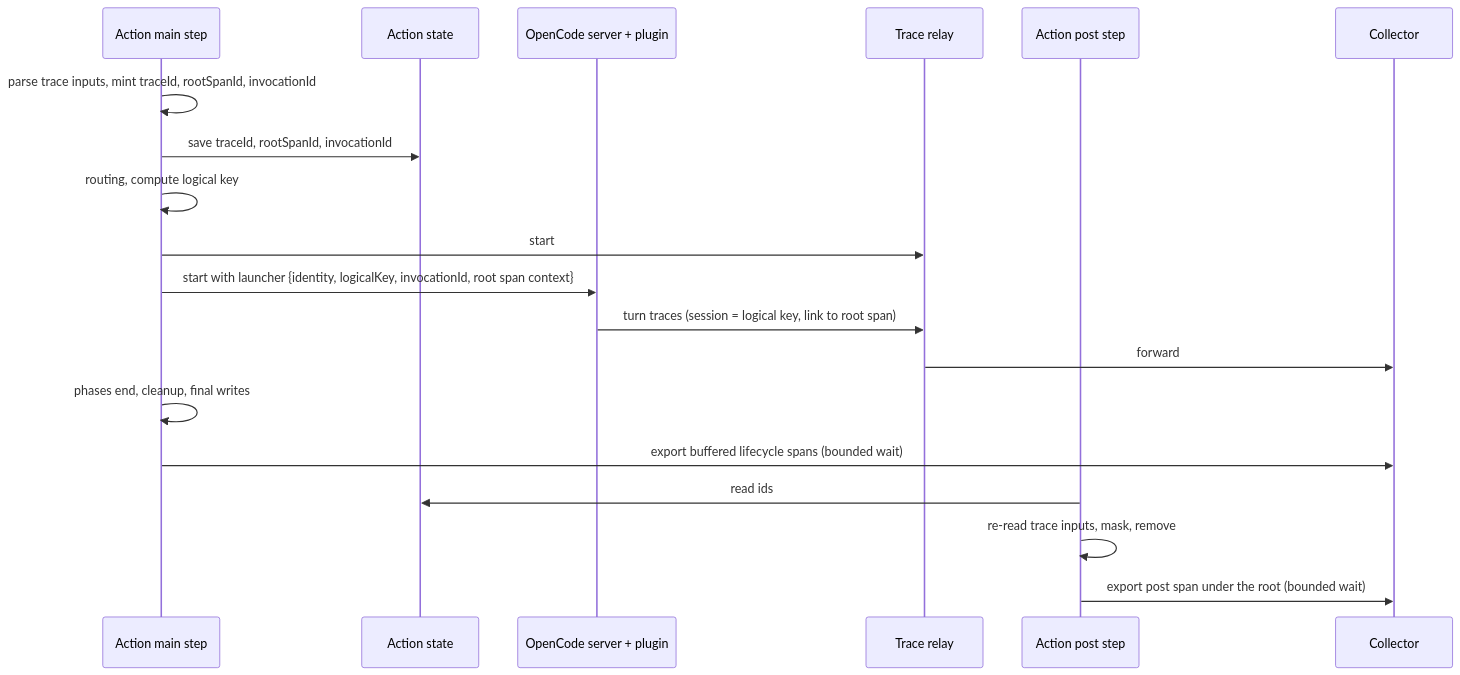
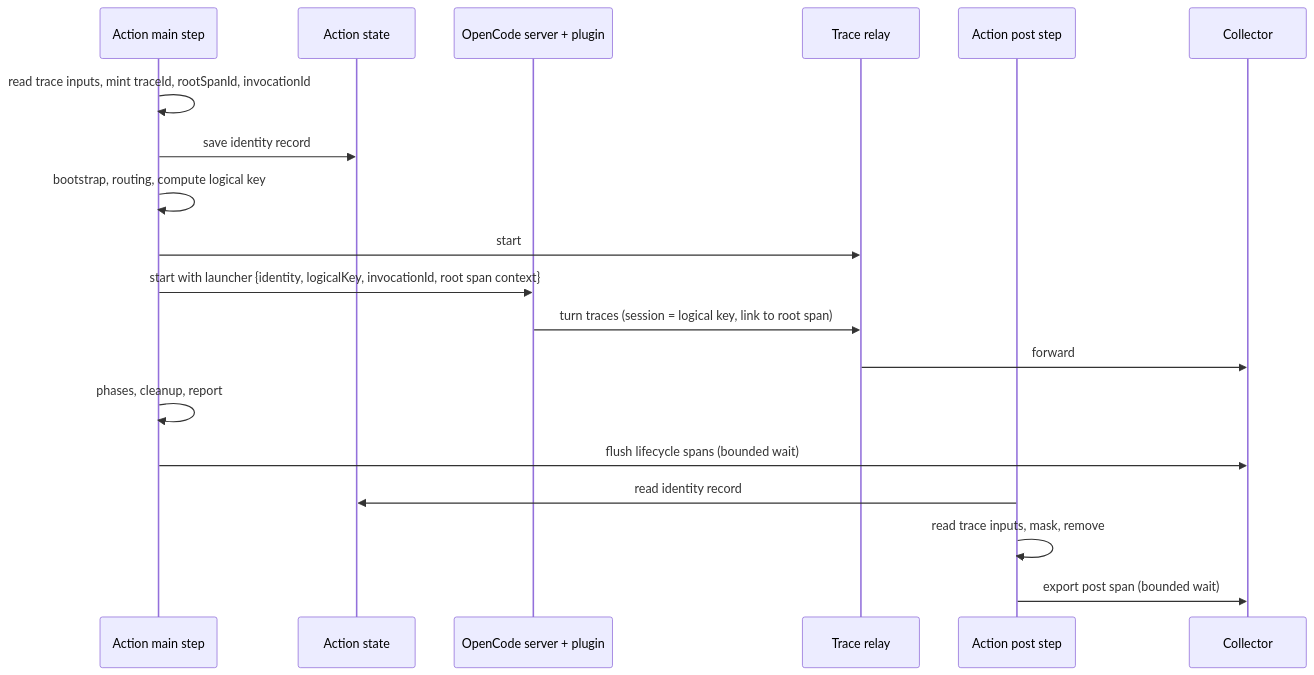
One commit to fro-bot/agent changed the diagram in docs/plans/2026-11-23-001-feat-action-lifecycle-tracing-plan.md. Above: the diagram before and after it, drawn with Mermaid. The commit also changed other lines of this file, not shown here.

Commit message:
docs(plan): apply review findings to Action lifecycle tracing plan

````diff
--- a/docs/plans/2026-11-23-001-feat-action-lifecycle-tracing-plan.md
+++ b/docs/plans/2026-11-23-001-feat-action-lifecycle-tracing-plan.md
@@ -185,21 +197,21 @@
 ```mermaid
 sequenceDiagram
     participant Main as Action main step
     participant State as Action state
     participant Srv as OpenCode server + plugin
     participant Relay as Trace relay
     participant Post as Action post step
     participant Col as Collector
-    Main->>Main: parse trace inputs, mint traceId, rootSpanId, invocationId
-    Main->>State: save traceId, rootSpanId, invocationId
-    Main->>Main: routing, compute logical key
+    Main->>Main: read trace inputs, mint traceId, rootSpanId, invocationId
+    Main->>State: save identity record
+    Main->>Main: bootstrap, routing, compute logical key
     Main->>Relay: start
     Main->>Srv: start with launcher {identity, logicalKey, invocationId, root span context}
     Srv->>Relay: turn traces (session = logical key, link to root span)
     Relay->>Col: forward
-    Main->>Main: phases end, cleanup, final writes
-    Main->>Col: export buffered lifecycle spans (bounded wait)
-    Post->>State: read ids
-    Post->>Post: re-read trace inputs, mask, remove
-    Post->>Col: export post span under the root (bounded wait)
+    Main->>Main: phases, cleanup, report
+    Main->>Col: flush lifecycle spans (bounded wait)
+    Post->>State: read identity record
+    Post->>Post: read trace inputs, mask, remove
+    Post->>Col: export post span (bounded wait)
 ```
````
